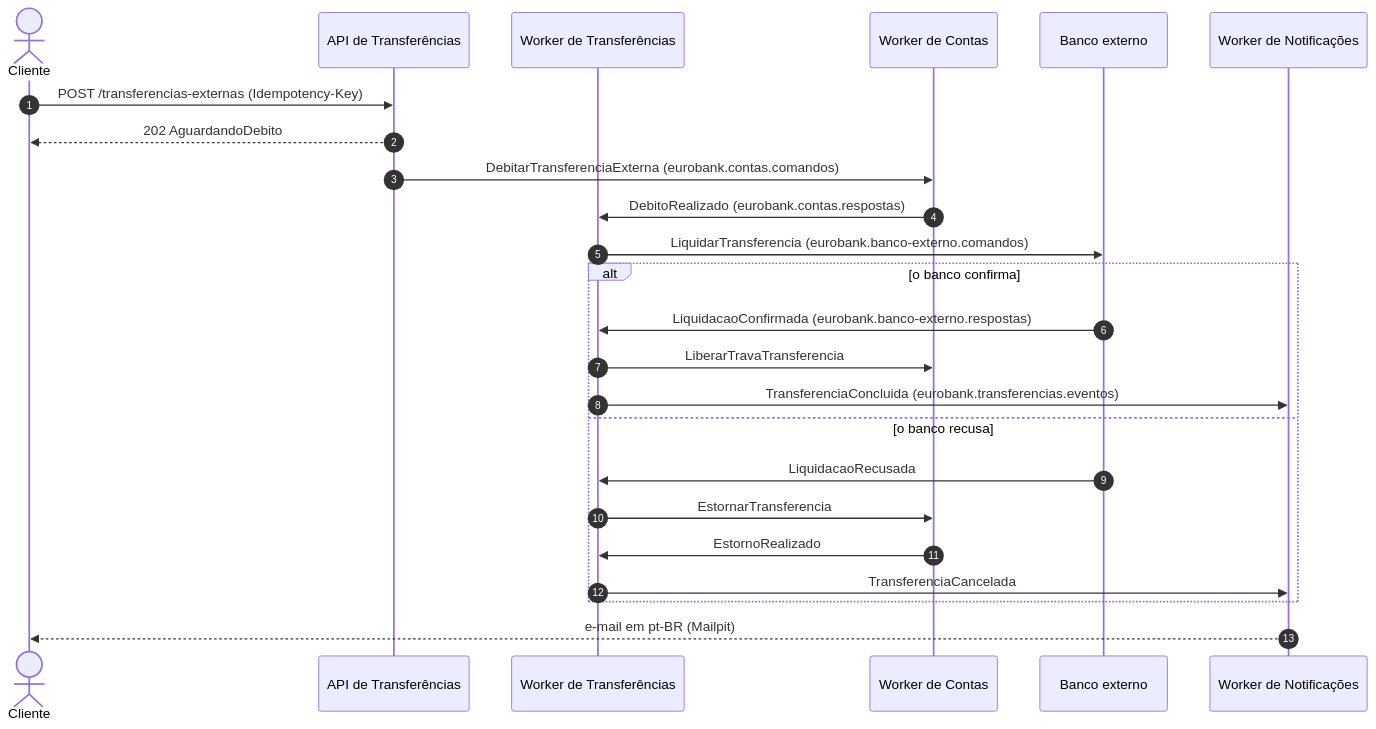
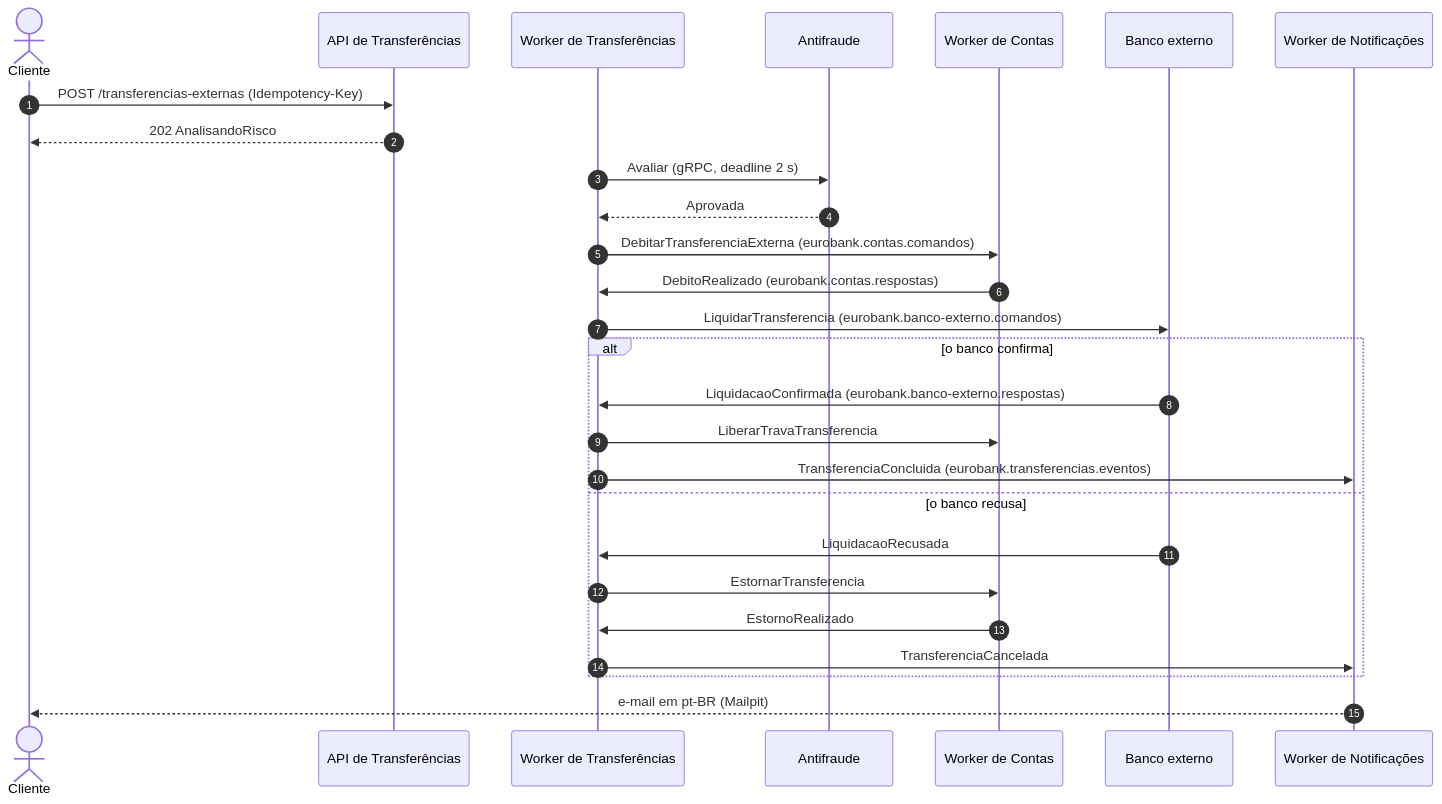
The first of 5 diagrams in README.md (net0well/EuroBank), drawn with Mermaid before and after one commit. The commit also changed other lines of this file and 1 other file, not shown here.

Commit message:
docs: readme e roteiro http do antifraude

````diff
--- a/README.md
+++ b/README.md
@@ -123,26 +137,29 @@
 ```mermaid
 sequenceDiagram
     autonumber
     actor Cliente
     participant API as API de Transferências
     participant TW as Worker de Transferências
+    participant AF as Antifraude
     participant CW as Worker de Contas
     participant Banco as Banco externo
     participant NW as Worker de Notificações
     Cliente->>API: POST /transferencias-externas (Idempotency-Key)
-    API-->>Cliente: 202 AguardandoDebito
-    API->>CW: DebitarTransferenciaExterna (eurobank.contas.comandos)
+    API-->>Cliente: 202 AnalisandoRisco
+    TW->>AF: Avaliar (gRPC, deadline 2 s)
+    AF-->>TW: Aprovada
+    TW->>CW: DebitarTransferenciaExterna (eurobank.contas.comandos)
     CW->>TW: DebitoRealizado (eurobank.contas.respostas)
     TW->>Banco: LiquidarTransferencia (eurobank.banco-externo.comandos)
     alt o banco confirma
         Banco->>TW: LiquidacaoConfirmada (eurobank.banco-externo.respostas)
         TW->>CW: LiberarTravaTransferencia
         TW->>NW: TransferenciaConcluida (eurobank.transferencias.eventos)
     else o banco recusa
         Banco->>TW: LiquidacaoRecusada
         TW->>CW: EstornarTransferencia
         CW->>TW: EstornoRealizado
         TW->>NW: TransferenciaCancelada
     end
     NW-->>Cliente: e-mail em pt-BR (Mailpit)
 ```
````
